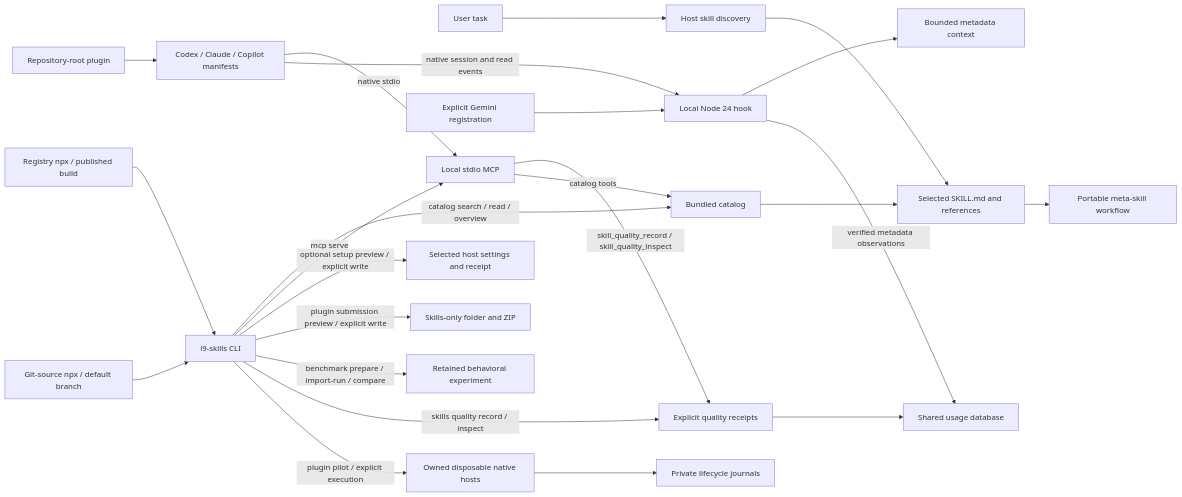
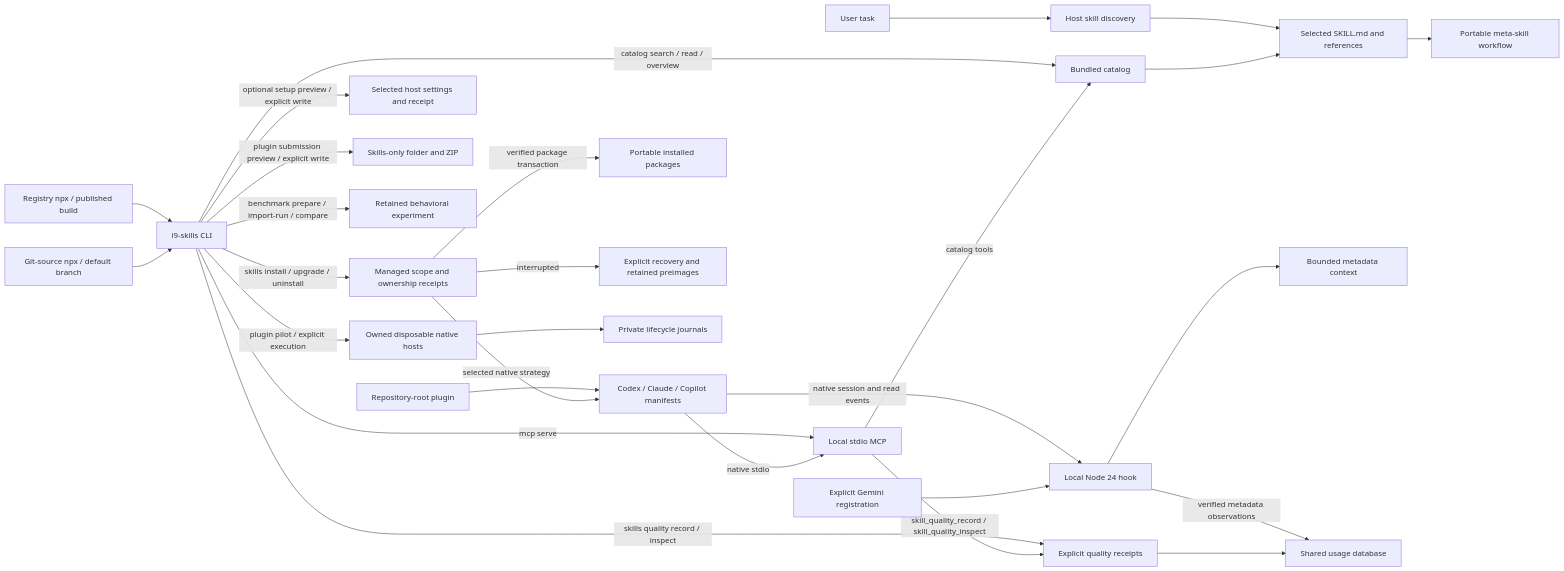
Before and after one commit to i-9-ai/skills: the first of 10 diagrams in docs/Architecture.md, drawn with Mermaid. The commit also changed 35 other files, not shown here.

````diff
--- a/docs/Architecture.md
+++ b/docs/Architecture.md
@@ -10,26 +10,30 @@
 ```mermaid
 flowchart LR
     Task[User task] --> Native[Host skill discovery]
     Native --> Read[Selected SKILL.md and references]
     Npm[Registry npx / published build] --> CLI[i9-skills CLI]
     Git[Git-source npx / default branch] --> CLI
     CLI -->|catalog search / read / overview| Catalog[Bundled catalog]
     CLI -->|mcp serve| MCP[Local stdio MCP]
     Root[Repository-root plugin] --> Host[Codex / Claude / Copilot manifests]
     Host -->|native stdio| MCP
     Host -->|native session and read events| Hook[Local Node 24 hook]
     Gemini[Explicit Gemini registration] --> Hook
     Hook --> Context[Bounded metadata context]
     Hook -->|verified metadata observations| Evidence[Shared usage database]
     CLI -->|optional setup preview / explicit write| Settings[Selected host settings and receipt]
     CLI -->|plugin submission preview / explicit write| Submission[Skills-only folder and ZIP]
     CLI -->|benchmark prepare / import-run / compare| Benchmark[Retained behavioral experiment]
     CLI -->|skills quality record / inspect| Quality[Explicit quality receipts]
     CLI -->|plugin pilot / explicit execution| Pilot[Owned disposable native hosts]
+    CLI -->|skills install / upgrade / uninstall| Install[Managed scope and ownership receipts]
+    Install -->|verified package transaction| Packages[Portable installed packages]
+    Install -->|selected native strategy| Host
+    Install -->|interrupted| Recovery[Explicit recovery and retained preimages]
     Pilot --> PilotEvidence[Private lifecycle journals]
     MCP -->|skill_quality_record / skill_quality_inspect| Quality
     Quality --> Evidence
     MCP -->|catalog tools| Catalog
     Catalog --> Read
     Read --> Work[Portable meta-skill workflow]
 ```
````
